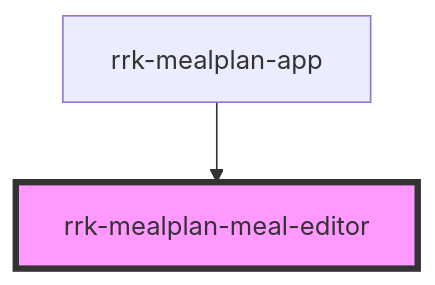
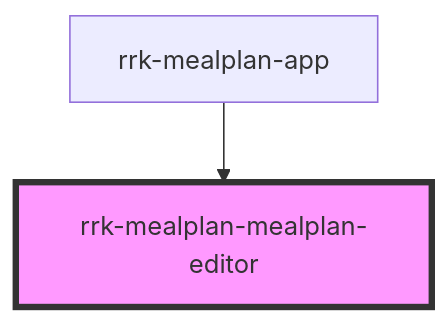
The diagram in src/components/rrk-mealplan-mealplan-editor/readme.md (drepkovsky/mealplan-ufe), drawn with Mermaid before and after one commit. The commit also changed other lines of this file and 13 other files, not shown here.

````diff
--- a/src/components/rrk-mealplan-mealplan-editor/readme.md
+++ b/src/components/rrk-mealplan-mealplan-editor/readme.md
@@ -31,5 +31,5 @@
 ```mermaid
 graph TD;
-  rrk-mealplan-app --> rrk-mealplan-meal-editor
-  style rrk-mealplan-meal-editor fill:#f9f,stroke:#333,stroke-width:4px
+  rrk-mealplan-app --> rrk-mealplan-mealplan-editor
+  style rrk-mealplan-mealplan-editor fill:#f9f,stroke:#333,stroke-width:4px
 ```
````
